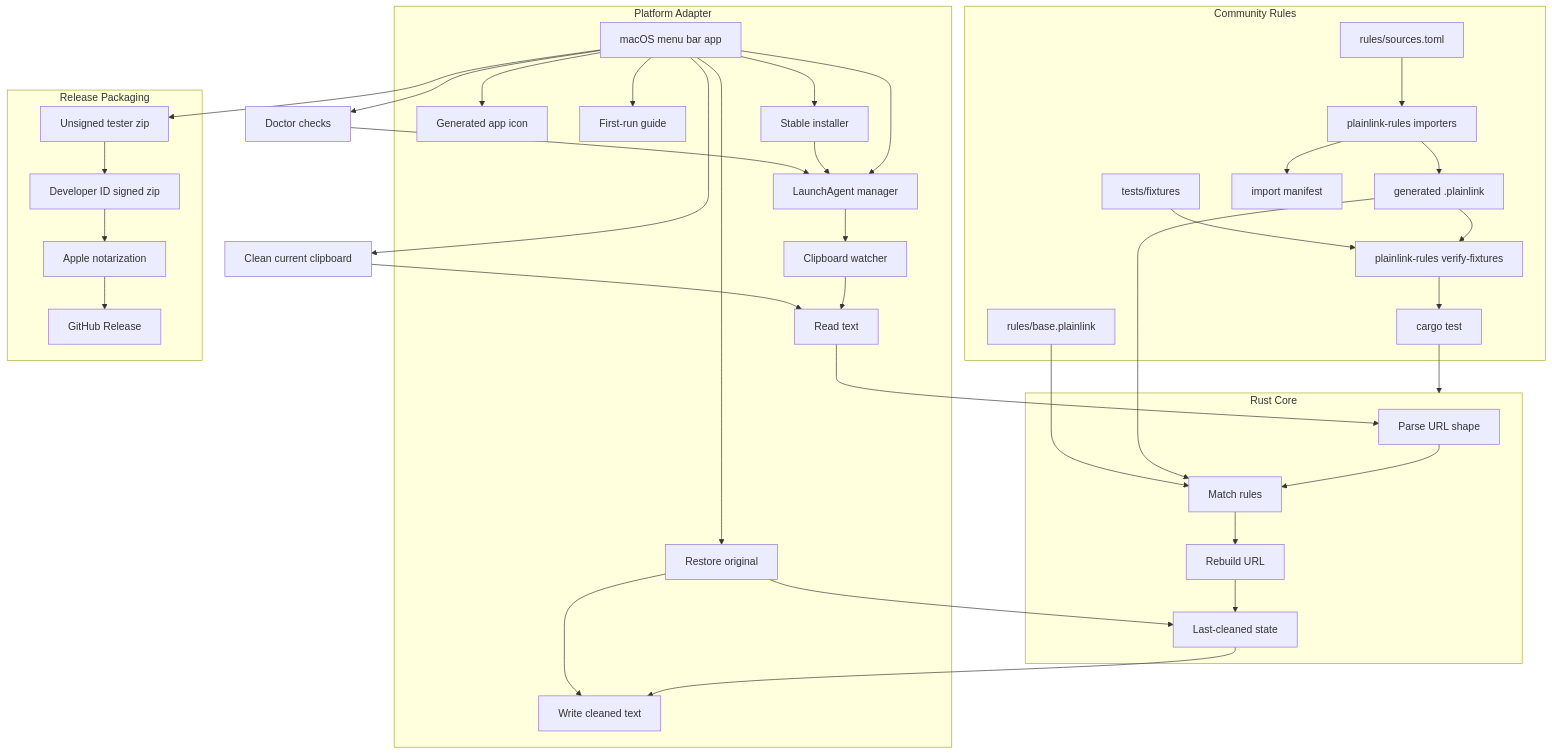
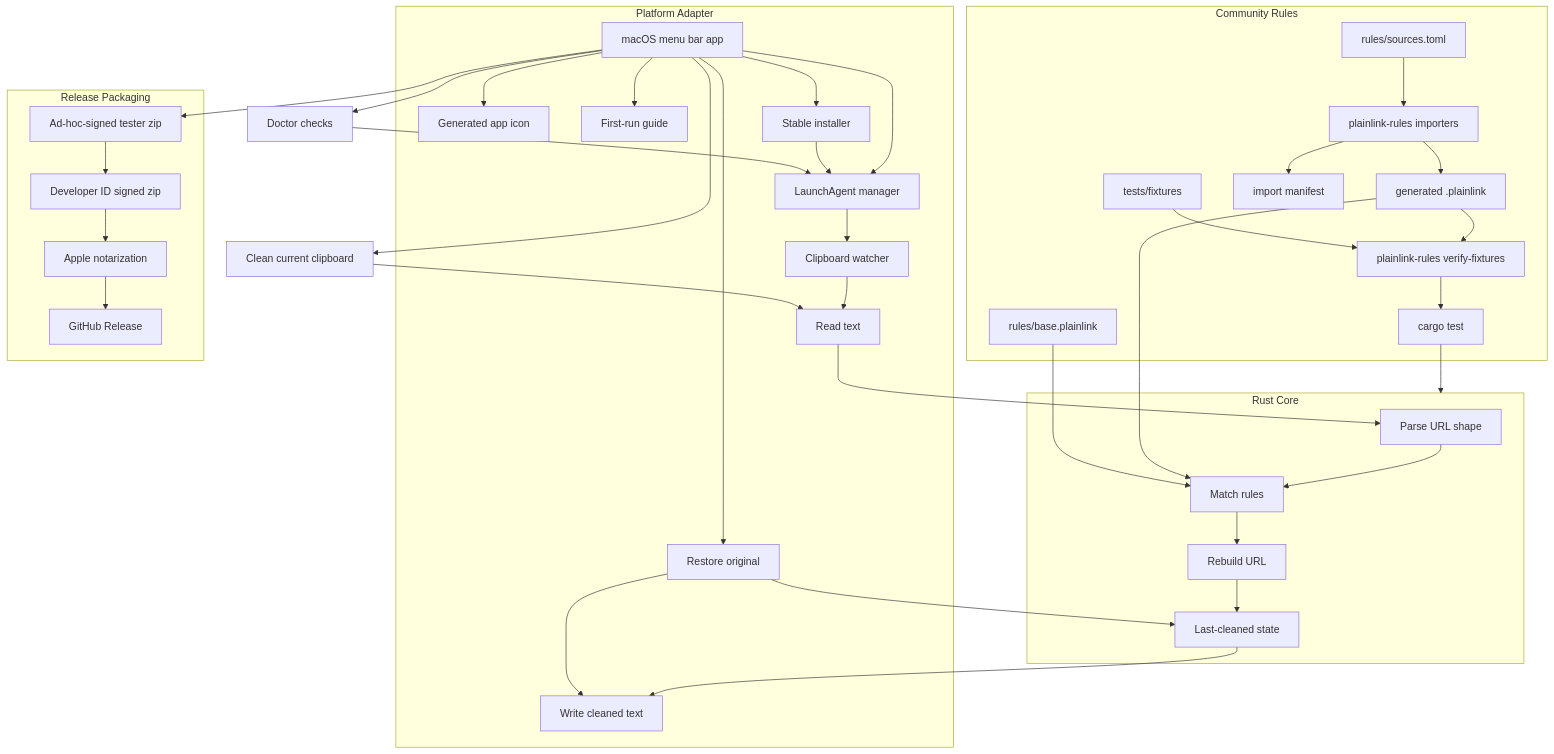
The first of 3 diagrams in docs/ARCHITECTURE.md (HexCodeYT/PlainLink), drawn with Mermaid before and after one commit. The commit also changed other lines of this file and 15 other files, not shown here.

````diff
--- a/docs/ARCHITECTURE.md
+++ b/docs/ARCHITECTURE.md
@@ -5,67 +5,67 @@
 ```mermaid
 flowchart TB
     subgraph Platform["Platform Adapter"]
         Menu["macOS menu bar app"]
         Icon["Generated app icon"]
         FirstRun["First-run guide"]
         Install["Stable installer"]
         Agent["LaunchAgent manager"]
         Watch["Clipboard watcher"]
         Read["Read text"]
         Write["Write cleaned text"]
         Restore["Restore original"]
     end
 
     subgraph Core["Rust Core"]
         Parse["Parse URL shape"]
         Match["Match rules"]
         Rebuild["Rebuild URL"]
         State["Last-cleaned state"]
     end
 
     subgraph Community["Community Rules"]
         Base["rules/base.plainlink"]
         Sources["rules/sources.toml"]
         Importers["plainlink-rules importers"]
         Generated["generated .plainlink"]
         Manifest["import manifest"]
         Fixtures["tests/fixtures"]
         Gate["plainlink-rules verify-fixtures"]
         Tests["cargo test"]
     end
 
     subgraph Release["Release Packaging"]
-        Unsigned["Unsigned tester zip"]
+        Preview["Ad-hoc-signed tester zip"]
         Signed["Developer ID signed zip"]
         Notary["Apple notarization"]
         GitHub["GitHub Release"]
     end
 
     Menu --> Icon
     Menu --> FirstRun
     Menu --> Install
     Menu --> Agent
     Menu --> Restore
     Menu --> Doctor["Doctor checks"]
     Menu --> OneShot["Clean current clipboard"]
     Install --> Agent
     Agent --> Watch
     Watch --> Read --> Parse --> Match --> Rebuild --> State --> Write
     OneShot --> Read
     Restore --> State
     Restore --> Write
     Doctor --> Agent
     Sources --> Importers
     Importers --> Generated
     Importers --> Manifest
     Generated --> Gate
     Generated --> Match
     Base --> Match
     Fixtures --> Gate
     Gate --> Tests
     Tests --> Core
-    Menu --> Unsigned
-    Unsigned --> Signed
+    Menu --> Preview
+    Preview --> Signed
     Signed --> Notary
     Notary --> GitHub
 ```
````
